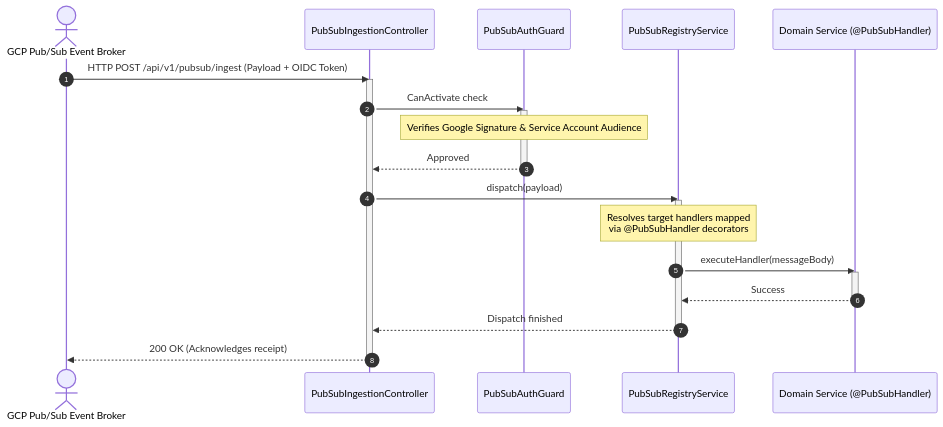
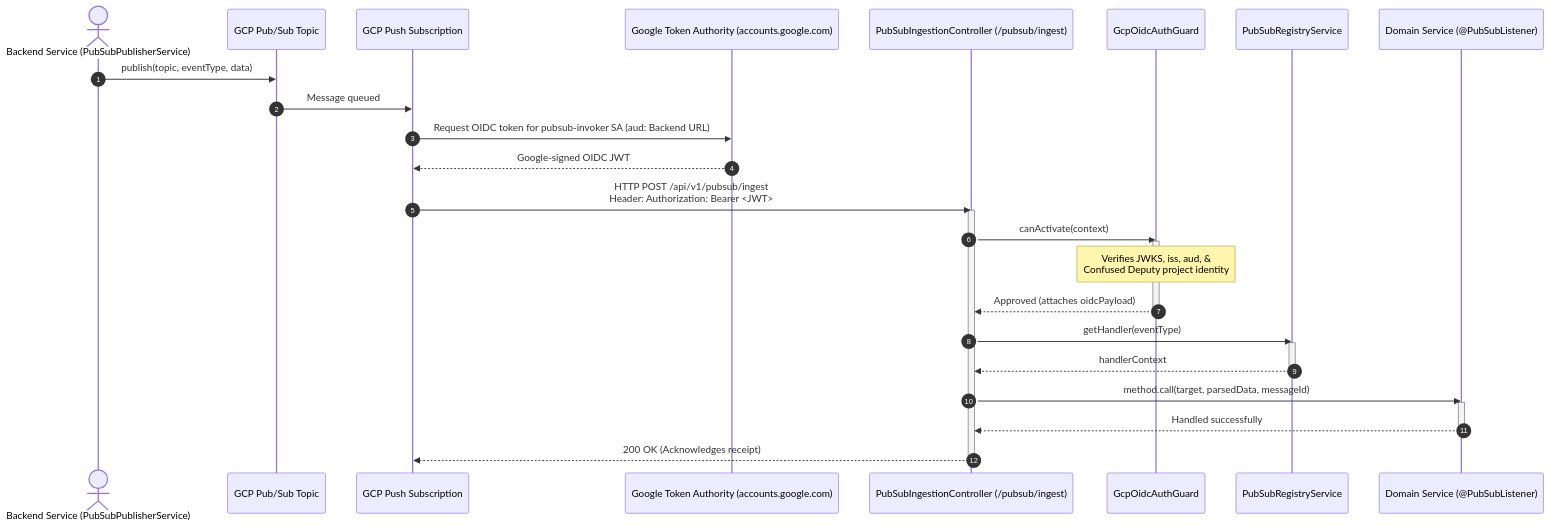
One commit to SaveSoulApp/Breathaway-Backend changed the first of 2 diagrams in docs-site/docs/modules/pubsub.md. Above: the diagram before and after it, drawn with Mermaid. The commit also changed other lines of this file and 19 other files, not shown here.

First line of the commit message:
Add OIDC to GCP pub-sub (#90)

````diff
--- a/docs-site/docs/modules/pubsub.md
+++ b/docs-site/docs/modules/pubsub.md
@@ -46,30 +51,37 @@
 ```mermaid
 sequenceDiagram
     autonumber
-    actor GCP as GCP Pub/Sub Event Broker
-    participant Ingest as PubSubIngestionController
-    participant Guard as PubSubAuthGuard
+    actor Publisher as Backend Service (PubSubPublisherService)
+    participant Topic as GCP Pub/Sub Topic
+    participant PushSub as GCP Push Subscription
+    participant GoogleSTS as Google Token Authority (accounts.google.com)
+    participant Ingest as PubSubIngestionController (/pubsub/ingest)
+    participant Guard as GcpOidcAuthGuard
     participant Registry as PubSubRegistryService
-    participant Handler as Domain Service (@PubSubHandler)
+    participant Handler as Domain Service (@PubSubListener)
 
-    GCP ->> Ingest: HTTP POST /api/v1/pubsub/ingest (Payload + OIDC Token)
+    Publisher->>Topic: publish(topic, eventType, data)
+    Topic->>PushSub: Message queued
+    PushSub->>GoogleSTS: Request OIDC token for pubsub-invoker SA (aud: Backend URL)
+    GoogleSTS-->>PushSub: Google-signed OIDC JWT
+    PushSub->>Ingest: HTTP POST /api/v1/pubsub/ingest<br/>Header: Authorization: Bearer <JWT>
     activate Ingest
-    Ingest ->> Guard: CanActivate check
+    Ingest->>Guard: canActivate(context)
     activate Guard
-    Note over Guard: Verifies Google Signature & Service Account Audience
-    Guard -->> Ingest: Approved
+    Note over Guard: Verifies JWKS, iss, aud, &<br/>Confused Deputy project identity
+    Guard-->>Ingest: Approved (attaches oidcPayload)
     deactivate Guard
 
-    Ingest ->> Registry: dispatch(payload)
+    Ingest->>Registry: getHandler(eventType)
     activate Registry
-    Note over Registry: Resolves target handlers mapped<br/>via @PubSubHandler decorators
-    Registry ->> Handler: executeHandler(messageBody)
-    activate Handler
-    Handler -->> Registry: Success
-    deactivate Handler
-    Registry -->> Ingest: Dispatch finished
+    Registry-->>Ingest: handlerContext
     deactivate Registry
 
-    Ingest -->> GCP: 200 OK (Acknowledges receipt)
+    Ingest->>Handler: method.call(target, parsedData, messageId)
+    activate Handler
+    Handler-->>Ingest: Handled successfully
+    deactivate Handler
+
+    Ingest-->>PushSub: 200 OK (Acknowledges receipt)
     deactivate Ingest
 ```
````
